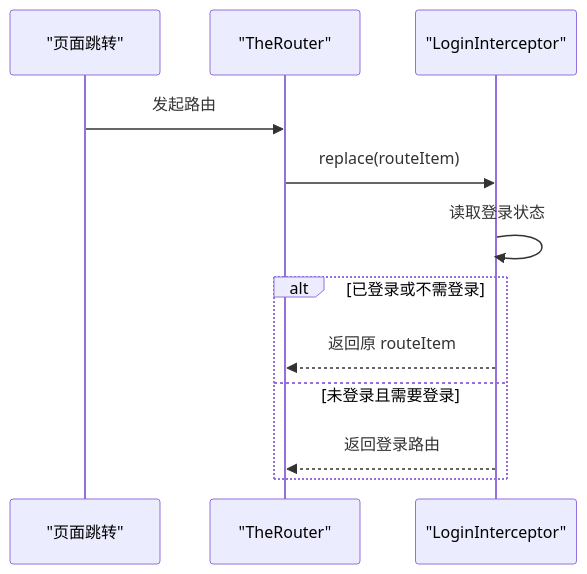
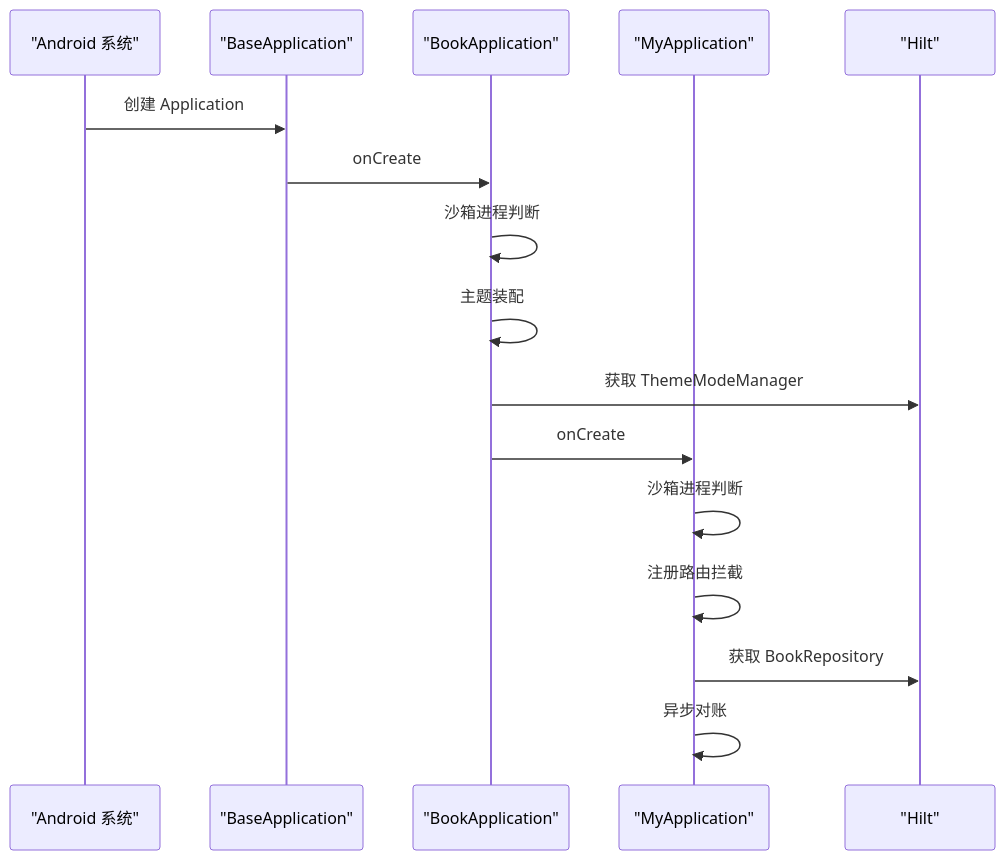
One commit to xrn1997/android-ebook changed the tenth of 11 diagrams in .qoder/repowiki/zh/content/核心模块/应用入口模块 (module_app).md. Above: the diagram before and after it, drawn with Mermaid. The commit also changed other lines of this file and 456 other files, not shown here.

````diff
--- a/.qoder/repowiki/zh/content/核心模块/应用入口模块 (module_app).md
+++ b/.qoder/repowiki/zh/content/核心模块/应用入口模块 (module_app).md
@@ -195,14 +374,19 @@
 ```mermaid
 sequenceDiagram
-    participant UI as "页面跳转"
-    participant Router as "TheRouter"
-    participant Interc as "LoginInterceptor"
-    UI->>Router: 发起路由
-    Router->>Interc: replace(routeItem)
-    Interc->>Interc: 读取登录状态
-    alt 已登录或不需登录
-        Interc-->>Router: 返回原 routeItem
-    else 未登录且需要登录
-        Interc-->>Router: 返回登录路由
-    end
+    participant System as "Android 系统"
+    participant Base as "BaseApplication"
+    participant Common as "BookApplication"
+    participant App as "MyApplication"
+    participant DI as "Hilt"
+
+    System->>Base: 创建 Application
+    Base->>Common: onCreate
+    Common->>Common: 沙箱进程判断
+    Common->>Common: 主题装配
+    Common->>DI: 获取 ThemeModeManager
+    Common->>App: onCreate
+    App->>App: 沙箱进程判断
+    App->>App: 注册路由拦截
+    App->>DI: 获取 BookRepository
+    App->>App: 异步对账
 ```
````
